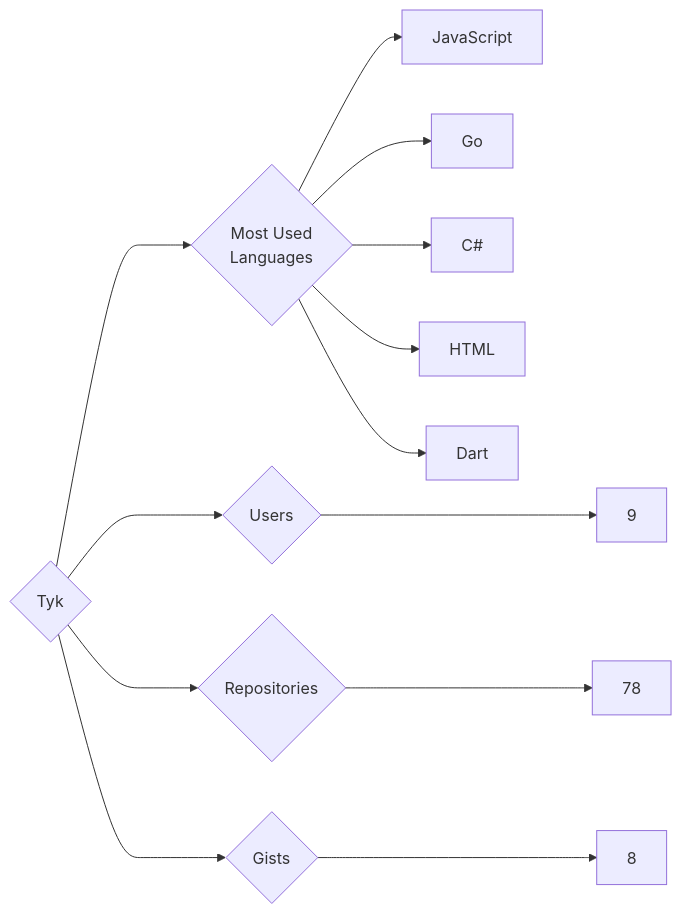
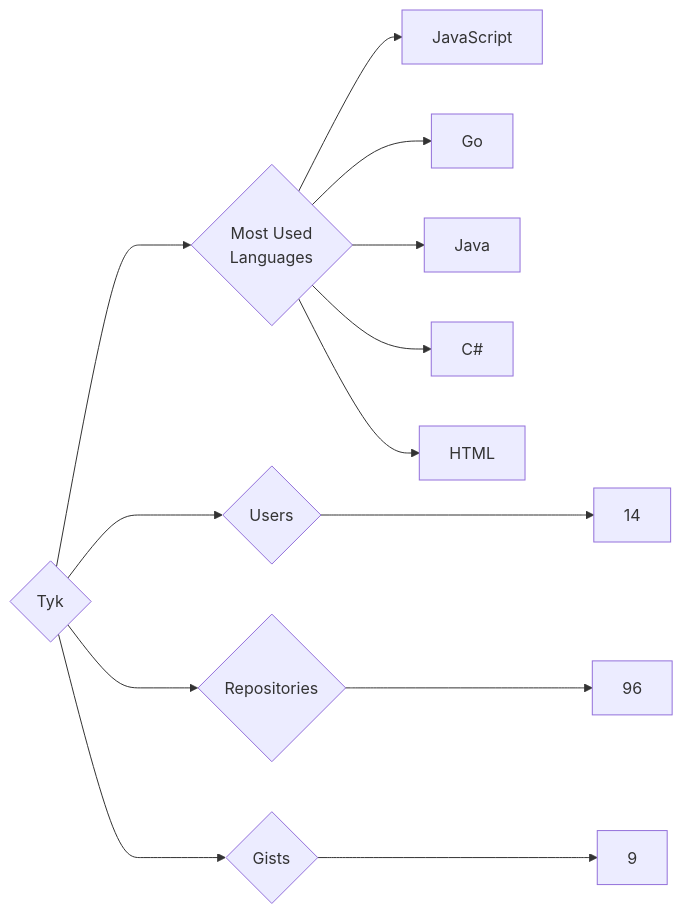
One commit to trickest/insiders changed the diagram in targets/Tyk/README.md. Above: the diagram before and after it, drawn with Mermaid. The commit also changed 814 other files, not shown here.

````diff
--- a/targets/Tyk/README.md
+++ b/targets/Tyk/README.md
@@ -3,13 +3,13 @@
 ```mermaid
 graph LR
 COMPANY_NAME{Tyk}
-COMPANY_NAME ---> U{Users} ---> UN[9]
-COMPANY_NAME ---> R{Repositories} ---> RN[78]
-COMPANY_NAME ---> G{Gists} ---> GN[8]
+COMPANY_NAME ---> U{Users} ---> UN[14]
+COMPANY_NAME ---> R{Repositories} ---> RN[96]
+COMPANY_NAME ---> G{Gists} ---> GN[9]
 COMPANY_NAME ---> ML{Most Used<br>Languages}
 ML --> JavaScript[JavaScript]
 ML --> Go[Go]
+ML --> Java[Java]
 ML --> C#[C#]
 ML --> HTML[HTML]
-ML --> Dart[Dart]
 ```
````
